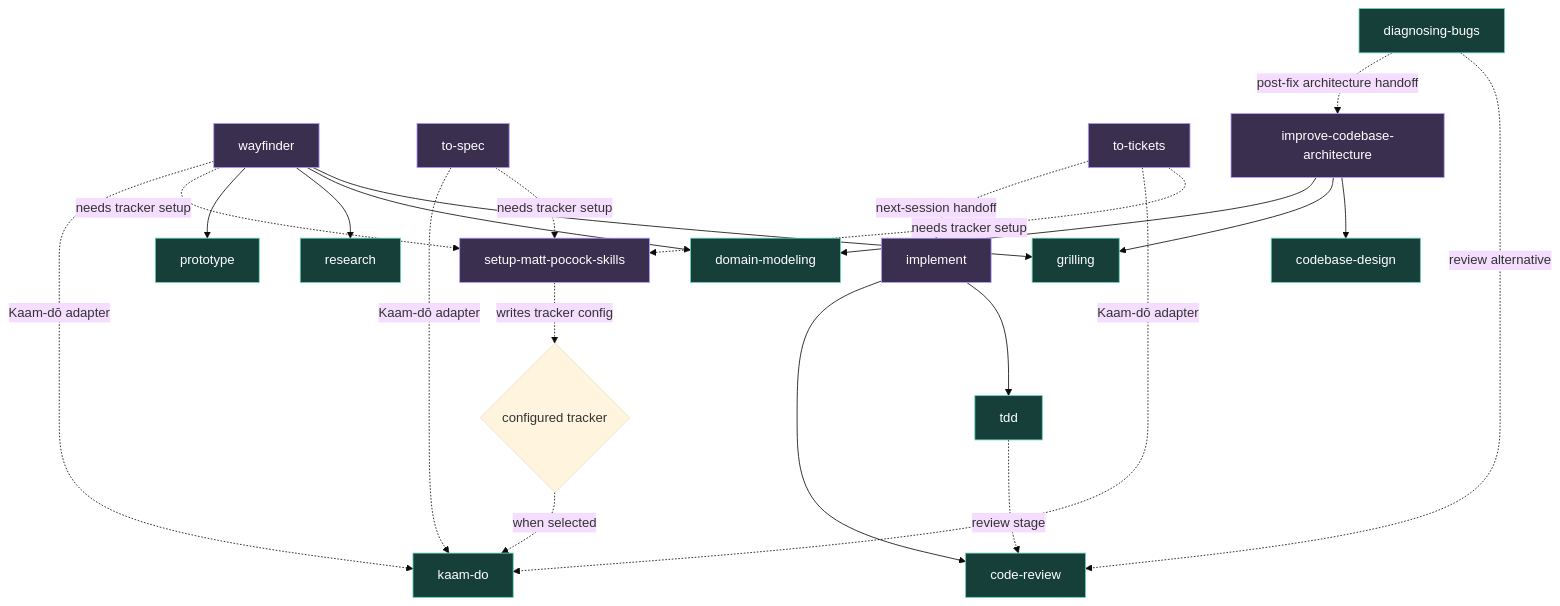
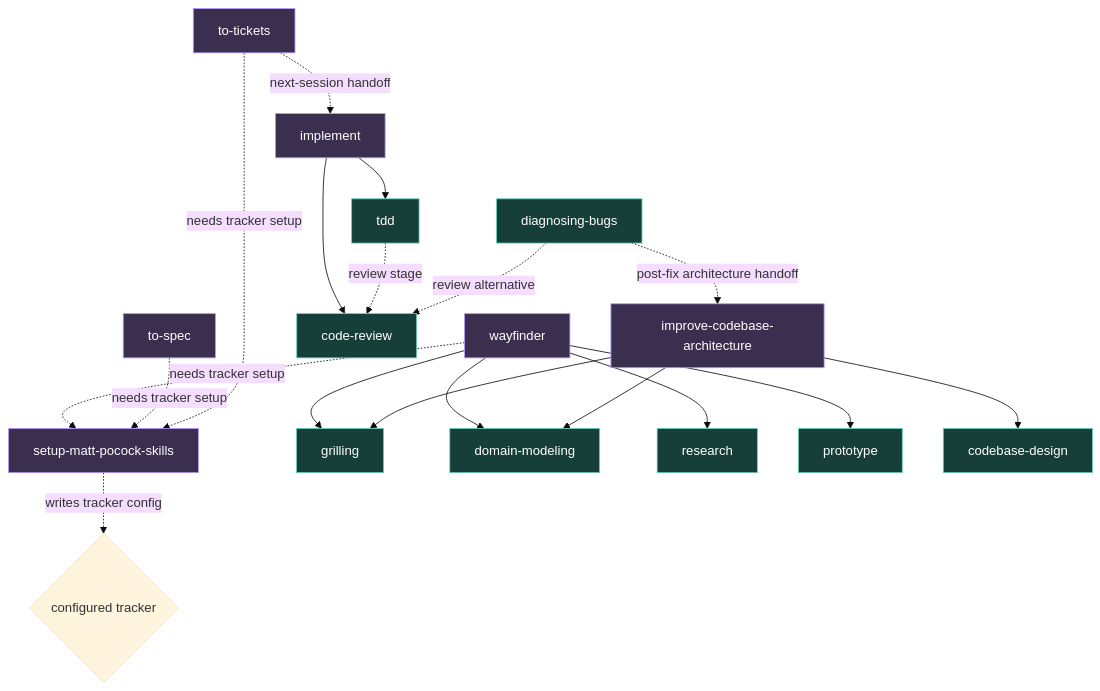
The diagram in home/.agents/skills/README.md (m0hill/dotfiles), drawn with Mermaid (base theme) before and after one commit. The commit also changed other lines of this file and 28 other files, not shown here.

````diff
--- a/home/.agents/skills/README.md
+++ b/home/.agents/skills/README.md
@@ -56,35 +60,31 @@
 ```mermaid
 flowchart TD
   setup[setup-matt-pocock-skills] -. writes tracker config .-> tracker{configured tracker}
-  tracker -. when selected .-> kaam[kaam-do]
 
   wayfinder[wayfinder] --> grilling[grilling]
   wayfinder --> domain[domain-modeling]
   wayfinder --> research[research]
   wayfinder --> prototype[prototype]
   wayfinder -. needs tracker setup .-> setup
-  wayfinder -. Kaam-dō adapter .-> kaam
 
   spec[to-spec] -. needs tracker setup .-> setup
-  spec -. Kaam-dō adapter .-> kaam
 
   tickets[to-tickets] -. needs tracker setup .-> setup
-  tickets -. Kaam-dō adapter .-> kaam
   tickets -. next-session handoff .-> implement[implement]
 
   implement --> tdd[tdd]
   implement --> review[code-review]
   tdd -. review stage .-> review
 
   architecture[improve-codebase-architecture] --> design[codebase-design]
   architecture --> grilling
   architecture --> domain
 
   diagnose[diagnosing-bugs] -. review alternative .-> review
   diagnose -. post-fix architecture handoff .-> architecture
 
   classDef user fill:#3b2f50,stroke:#b69cff,color:#fff;
   classDef model fill:#173f3a,stroke:#69d3bd,color:#fff;
   class setup,wayfinder,spec,tickets,implement,architecture user;
-  class kaam,grilling,domain,research,prototype,tdd,review,design,diagnose model;
+  class grilling,domain,research,prototype,tdd,review,design,diagnose model;
 ```
````
